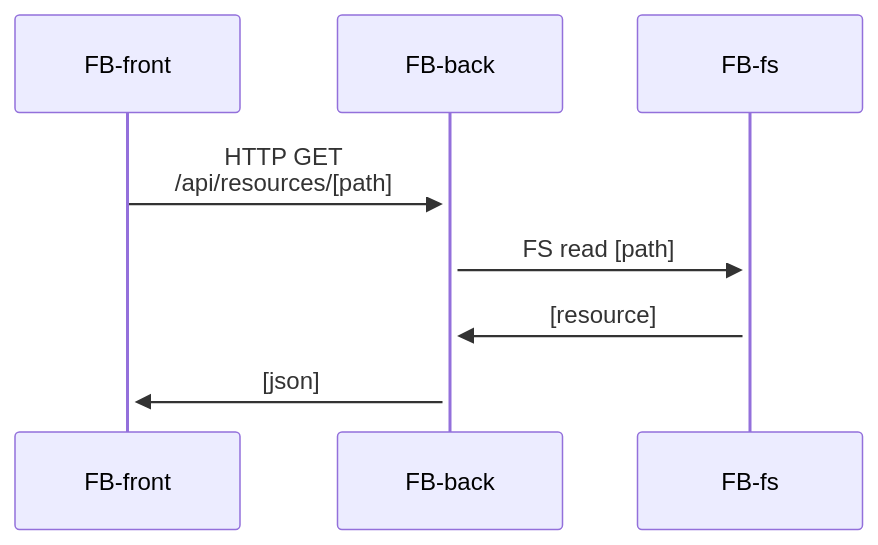
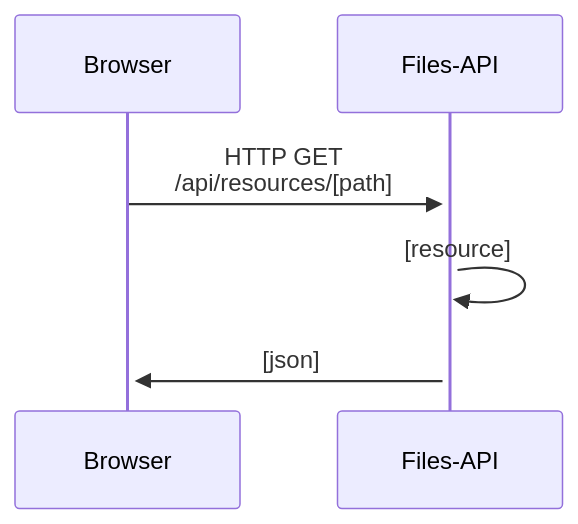
One commit to marekful/webscp changed the first of 2 diagrams in agent/doc/diagrams.md. Above: the diagram before and after it, drawn with Mermaid. The commit also changed other lines of this file and 1 other file, not shown here.

Commit message:
doc(agent): Update diagrams

````diff
--- a/agent/doc/diagrams.md
+++ b/agent/doc/diagrams.md
@@ -6,7 +6,6 @@
 ```mermaid
 sequenceDiagram
-    FB-front->>+FB-back: HTTP GET<br>/api/resources/[path]
-    FB-back->>+FB-fs: FS read [path]
-    FB-fs->>+FB-back: [resource]
-    FB-back->>+FB-front: [json]
+    Browser->>+Files-API: HTTP GET<br>/api/resources/[path]
+    Files-API->>+Files-API: [resource]
+    Files-API->>+Browser: [json]
 ```
````
